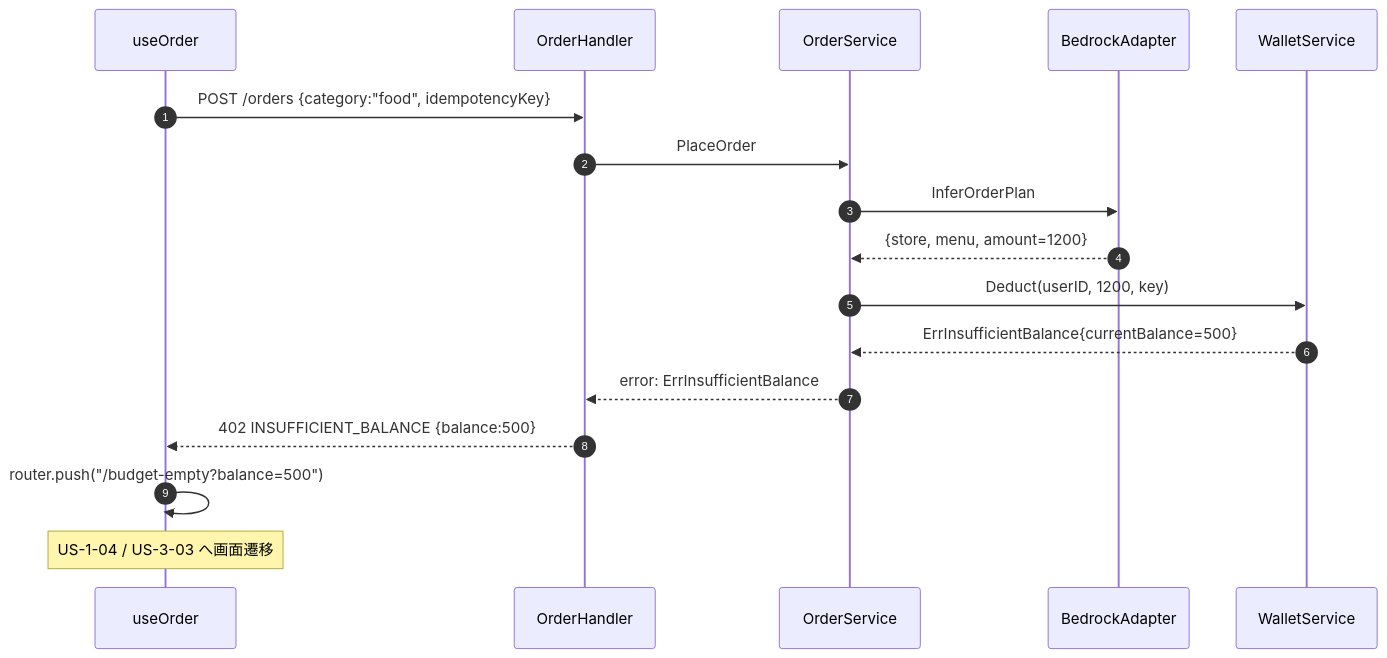
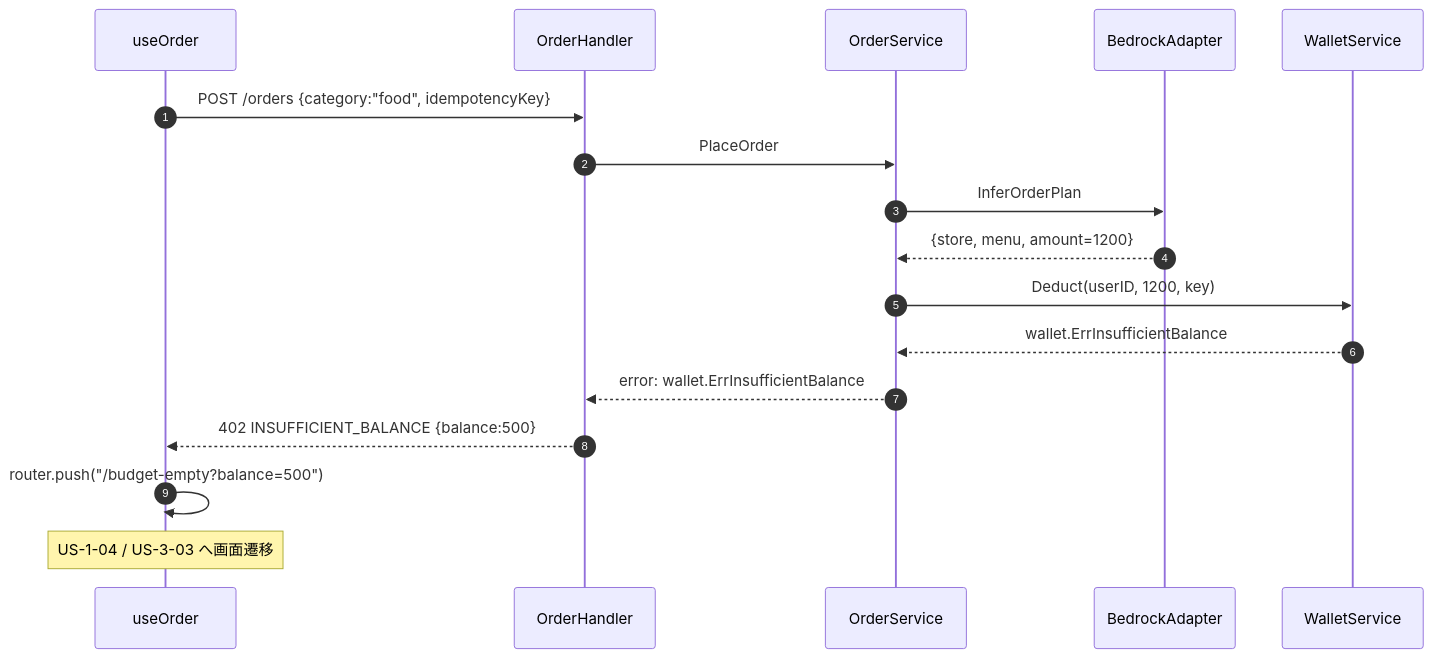
One commit to ryotinjpn/goro2pay changed the fifth of 7 diagrams in aidlc-docs/construction/order/functional-design/business-logic-model.md. Above: the diagram before and after it, drawn with Mermaid. The commit also changed other lines of this file, not shown here.

````diff
--- a/aidlc-docs/construction/order/functional-design/business-logic-model.md
+++ b/aidlc-docs/construction/order/functional-design/business-logic-model.md
@@ -293,24 +304,24 @@
 ```mermaid
 sequenceDiagram
     autonumber
     participant FE as useOrder
     participant API as OrderHandler
     participant OS as OrderService
     participant BA as BedrockAdapter
     participant WS as WalletService
 
     FE->>API: POST /orders {category:"food", idempotencyKey}
     API->>OS: PlaceOrder
 
     OS->>BA: InferOrderPlan
     BA-->>OS: {store, menu, amount=1200}
 
     OS->>WS: Deduct(userID, 1200, key)
-    WS-->>OS: ErrInsufficientBalance{currentBalance=500}
+    WS-->>OS: wallet.ErrInsufficientBalance
 
-    OS-->>API: error: ErrInsufficientBalance
+    OS-->>API: error: wallet.ErrInsufficientBalance
     API-->>FE: 402 INSUFFICIENT_BALANCE {balance:500}
 
     FE->>FE: router.push("/budget-empty?balance=500")
     Note over FE: US-1-04 / US-3-03 へ画面遷移
 ```
````
